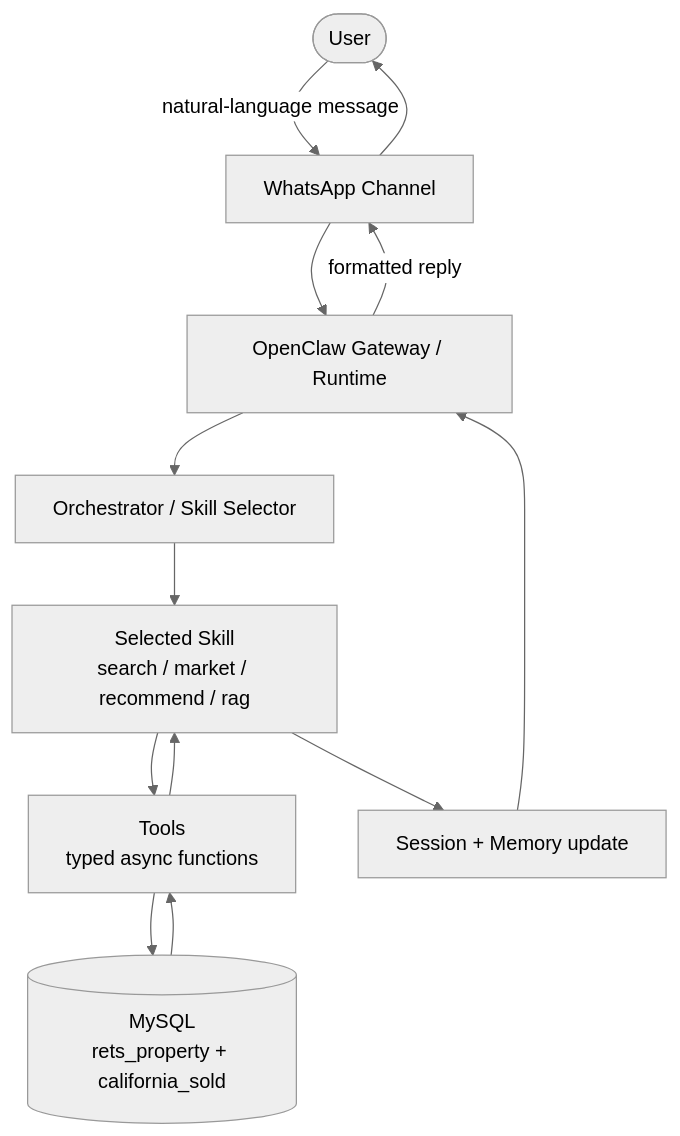
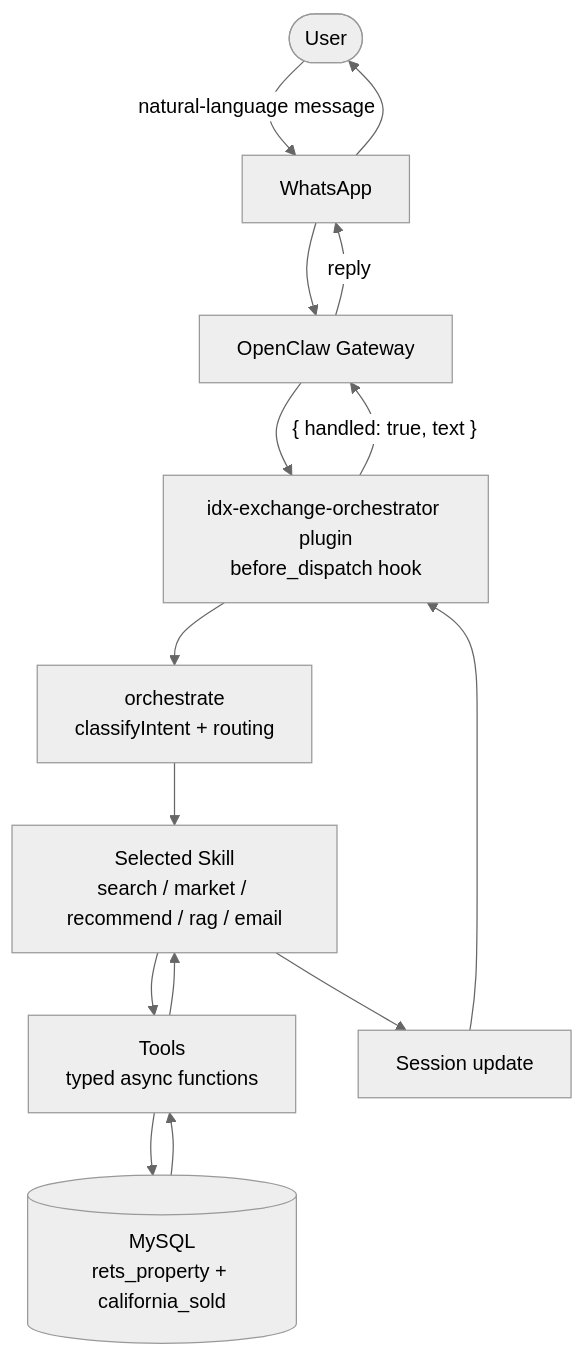
Before and after one commit to Di-123-Di/OpenClaw-Based-Multi-Agent: the diagram in docs/architecture.md, drawn with Mermaid (neutral theme). The commit also changed other lines of this file and 18 other files, not shown here.

````diff
--- a/docs/architecture.md
+++ b/docs/architecture.md
@@ -54,15 +88,17 @@
 ```mermaid
 flowchart TD
-    U([User]) -->|"natural-language message"| CH[WhatsApp Channel]
-    CH --> GW[OpenClaw Gateway / Runtime]
-    GW --> OR[Orchestrator / Skill Selector]
-    OR --> SK[Selected Skill<br/>search / market / recommend / rag]
+    U([User]) -->|"natural-language message"| CH[WhatsApp]
+    CH --> GW[OpenClaw Gateway]
+    GW --> PL[idx-exchange-orchestrator plugin<br/>before_dispatch hook]
+    PL --> OR[orchestrate<br/>classifyIntent + routing]
+    OR --> SK[Selected Skill<br/>search / market / recommend / rag / email]
     SK --> TL[Tools<br/>typed async functions]
     TL --> DB[(MySQL<br/>rets_property + california_sold)]
     DB --> TL
     TL --> SK
-    SK --> MEM[Session + Memory update]
-    MEM --> GW
-    GW -->|"formatted reply"| CH
+    SK --> MEM[Session update]
+    MEM --> PL
+    PL -->|"{ handled: true, text }"| GW
+    GW -->|"reply"| CH
     CH --> U
 ```
````
